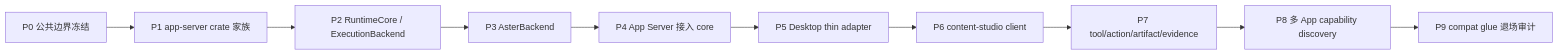
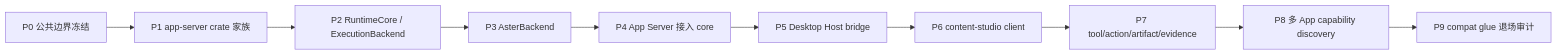
Before and after one commit to jiujuan/lime: the fourth of 9 diagrams in internal/roadmap/appserver/flowcharts.md, drawn with Mermaid. The commit also changed other lines of this file and 258 other files, not shown here.

````diff
--- a/internal/roadmap/appserver/flowcharts.md
+++ b/internal/roadmap/appserver/flowcharts.md
@@ -67,12 +67,12 @@
 ```mermaid
 flowchart LR
     P0["P0 公共边界冻结"] --> P1["P1 app-server crate 家族"]
     P1 --> P2["P2 RuntimeCore / ExecutionBackend"]
     P2 --> P3["P3 AsterBackend"]
     P3 --> P4["P4 App Server 接入 core"]
-    P4 --> P5["P5 Desktop thin adapter"]
+    P4 --> P5["P5 Desktop Host bridge"]
     P5 --> P6["P6 content-studio client"]
     P6 --> P7["P7 tool/action/artifact/evidence"]
     P7 --> P8["P8 多 App capability discovery"]
     P8 --> P9["P9 compat glue 退场审计"]
 ```
````
